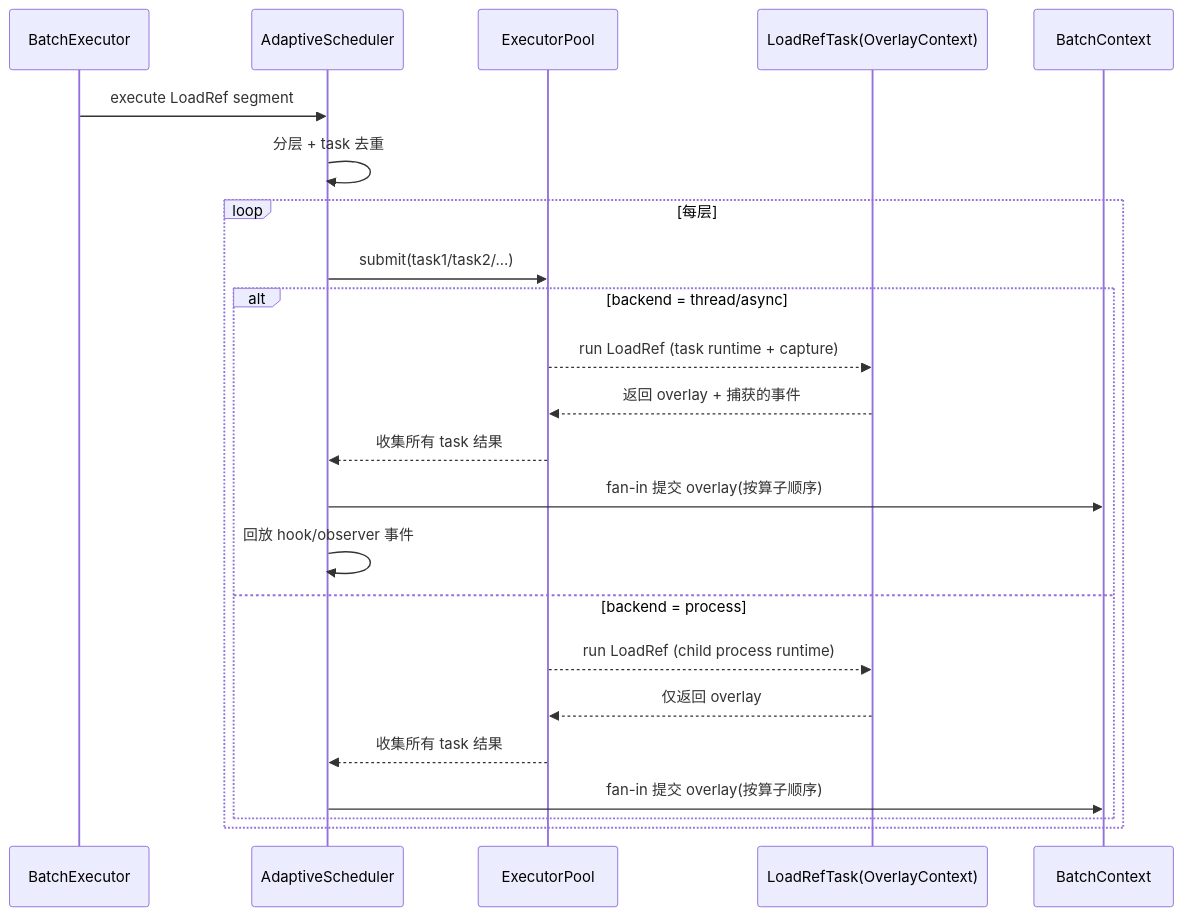
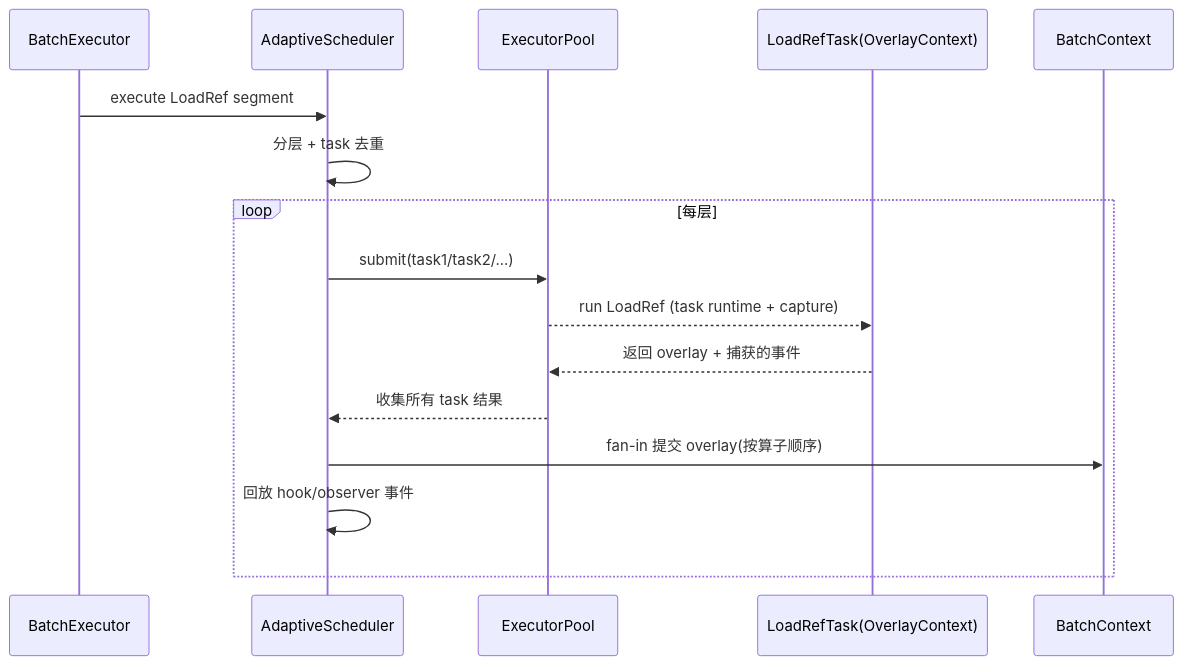
One commit to StrayDragon/scalim changed the sixth of 7 diagrams in docs/doc/architecture/parallel-modes.md. Above: the diagram before and after it, drawn with Mermaid. The commit also changed other lines of this file and 21 other files, not shown here.

Commit message:
feat: adaptive-backend-thread-only

````diff
--- a/docs/doc/architecture/parallel-modes.md
+++ b/docs/doc/architecture/parallel-modes.md
@@ -218,27 +157,20 @@
 ```mermaid
 sequenceDiagram
   participant BE as BatchExecutor
   participant SCH as AdaptiveScheduler
   participant POOL as ExecutorPool
   participant T as LoadRefTask(OverlayContext)
   participant CTX as BatchContext
 
   BE->>SCH: execute LoadRef segment
   SCH->>SCH: 分层 + task 去重
 
   loop 每层
     SCH->>POOL: submit(task1/task2/...)
-    alt backend = thread/async
-      POOL-->>T: run LoadRef (task runtime + capture)
-      T-->>POOL: 返回 overlay + 捕获的事件
-      POOL-->>SCH: 收集所有 task 结果
-      SCH->>CTX: fan-in 提交 overlay(按算子顺序)
-      SCH->>SCH: 回放 hook/observer 事件
-    else backend = process
-      POOL-->>T: run LoadRef (child process runtime)
-      T-->>POOL: 仅返回 overlay
-      POOL-->>SCH: 收集所有 task 结果
-      SCH->>CTX: fan-in 提交 overlay(按算子顺序)
-    end
+    POOL-->>T: run LoadRef (task runtime + capture)
+    T-->>POOL: 返回 overlay + 捕获的事件
+    POOL-->>SCH: 收集所有 task 结果
+    SCH->>CTX: fan-in 提交 overlay(按算子顺序)
+    SCH->>SCH: 回放 hook/observer 事件
   end
 ```
````
